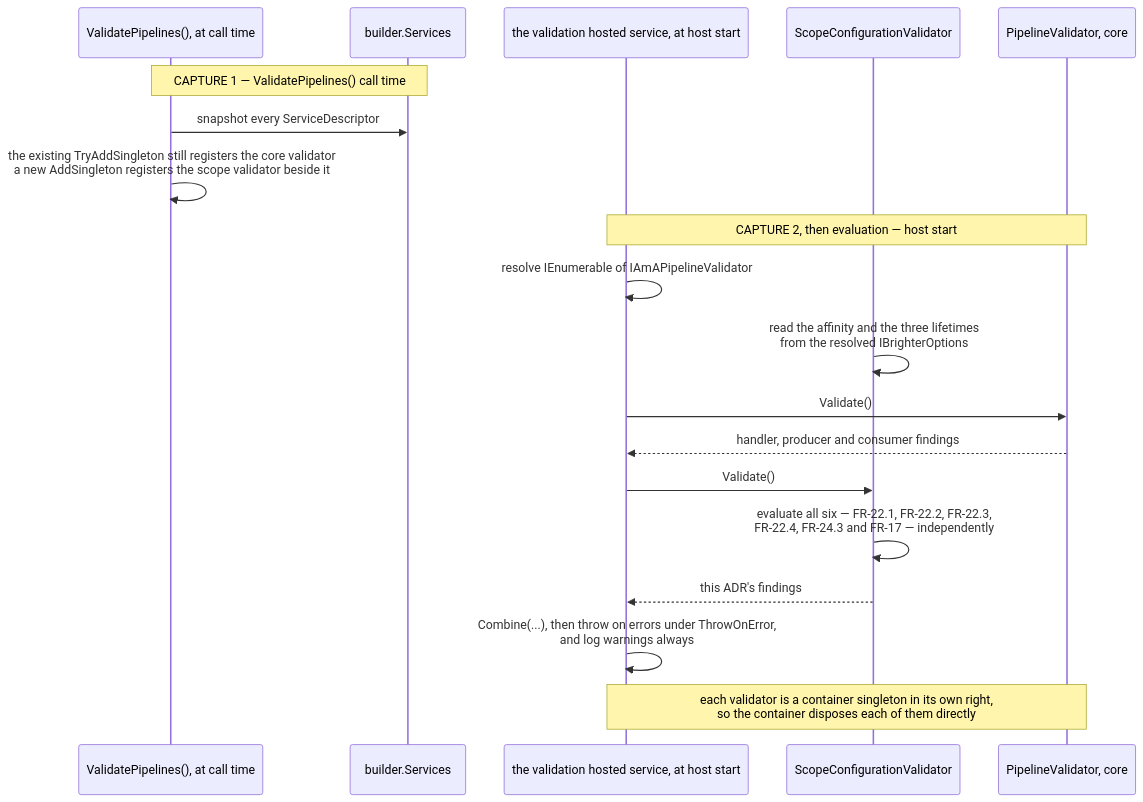
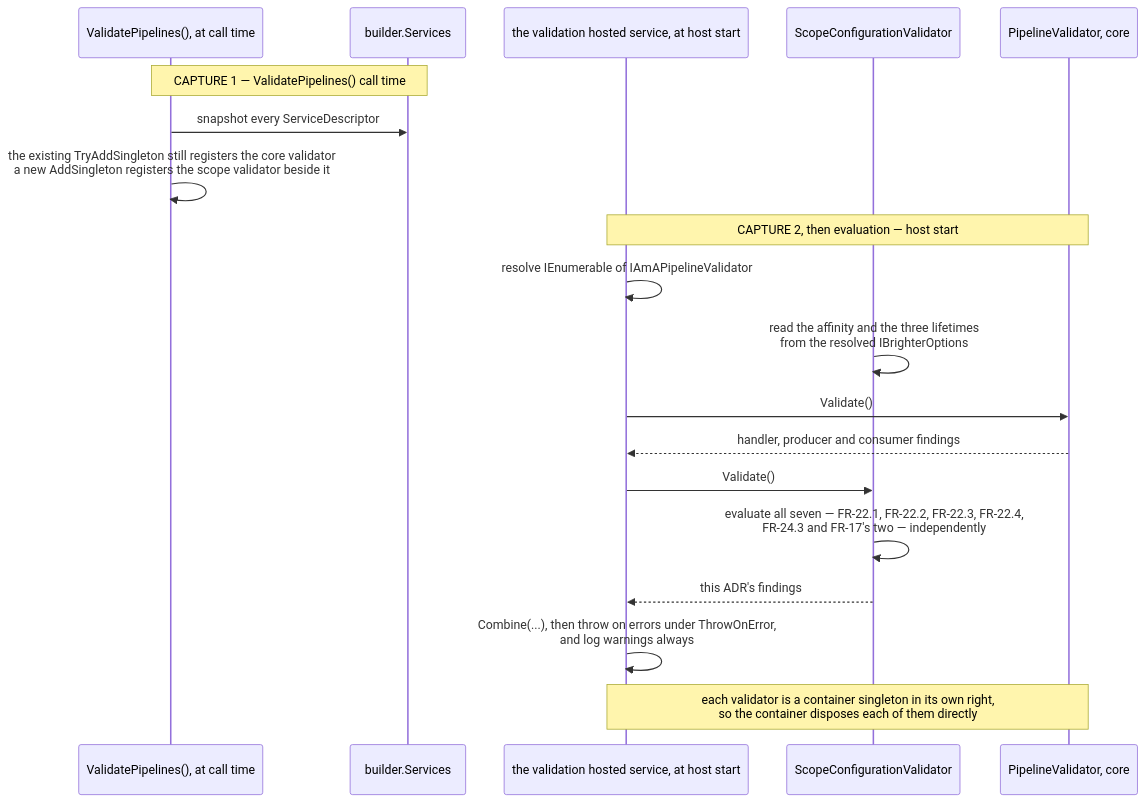
Before and after one commit to BrighterCommand/Brighter: the first of 4 diagrams in docs/adr/0074-lifetime-validation-evaluation-site.md, drawn with Mermaid. The commit also changed other lines of this file and 9 other files, not shown here.

````diff
--- a/docs/adr/0074-lifetime-validation-evaluation-site.md
+++ b/docs/adr/0074-lifetime-validation-evaluation-site.md
@@ -151,24 +154,24 @@
 ```mermaid
 sequenceDiagram
     participant VP as ValidatePipelines(), at call time
     participant SC as builder.Services
     participant Host as the validation hosted service, at host start
     participant Scope as ScopeConfigurationValidator
     participant Core as PipelineValidator, core
 
     Note over VP,SC: CAPTURE 1 — ValidatePipelines() call time
     VP->>SC: snapshot every ServiceDescriptor
     VP->>VP: the existing TryAddSingleton still registers the core validator<br/>a new AddSingleton registers the scope validator beside it
 
     Note over Host,Core: CAPTURE 2, then evaluation — host start
     Host->>Host: resolve IEnumerable of IAmAPipelineValidator
     Scope->>Scope: read the affinity and the three lifetimes<br/>from the resolved IBrighterOptions
     Host->>Core: Validate()
     Core-->>Host: handler, producer and consumer findings
     Host->>Scope: Validate()
-    Scope->>Scope: evaluate all six — FR-22.1, FR-22.2, FR-22.3,<br/>FR-22.4, FR-24.3 and FR-17 — independently
+    Scope->>Scope: evaluate all seven — FR-22.1, FR-22.2, FR-22.3, FR-22.4,<br/>FR-24.3 and FR-17's two — independently
     Scope-->>Host: this ADR's findings
     Host->>Host: Combine(...), then throw on errors under ThrowOnError,<br/>and log warnings always
 
     Note over Host,Core: each validator is a container singleton in its own right,<br/>so the container disposes each of them directly
 ```
````
